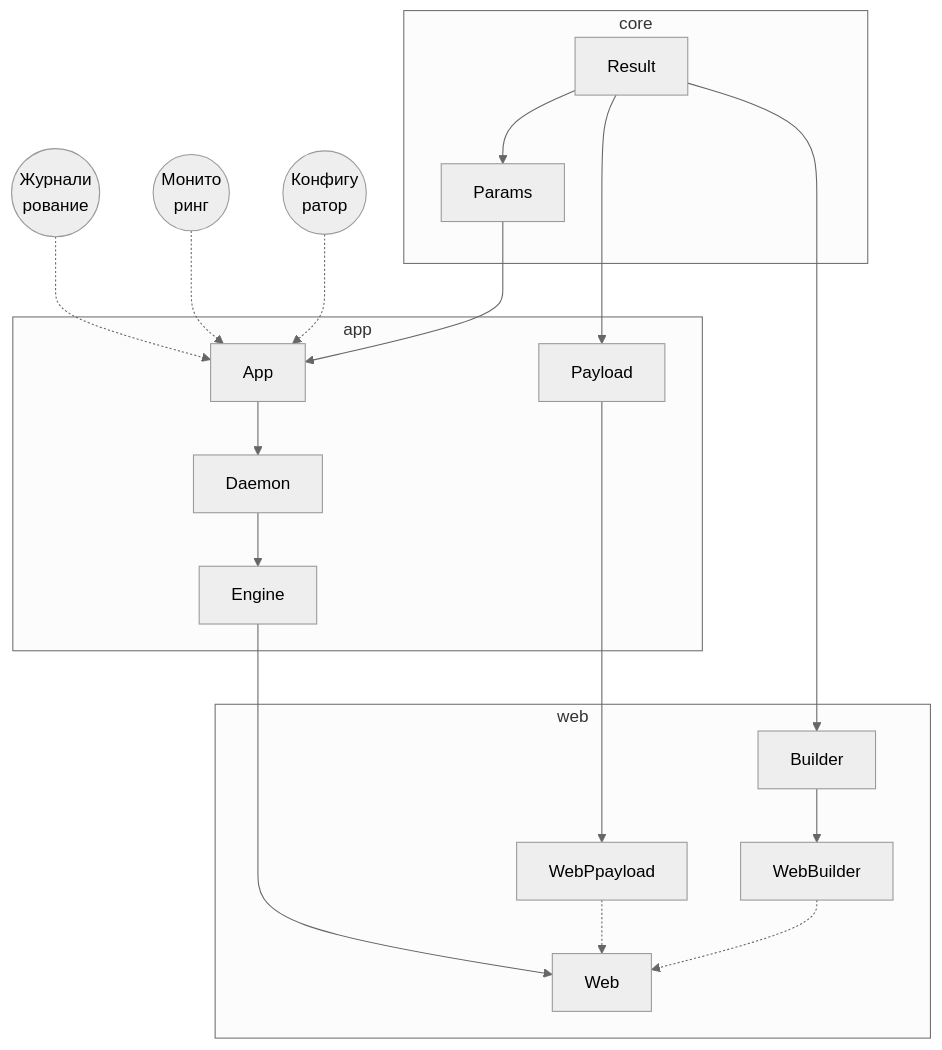
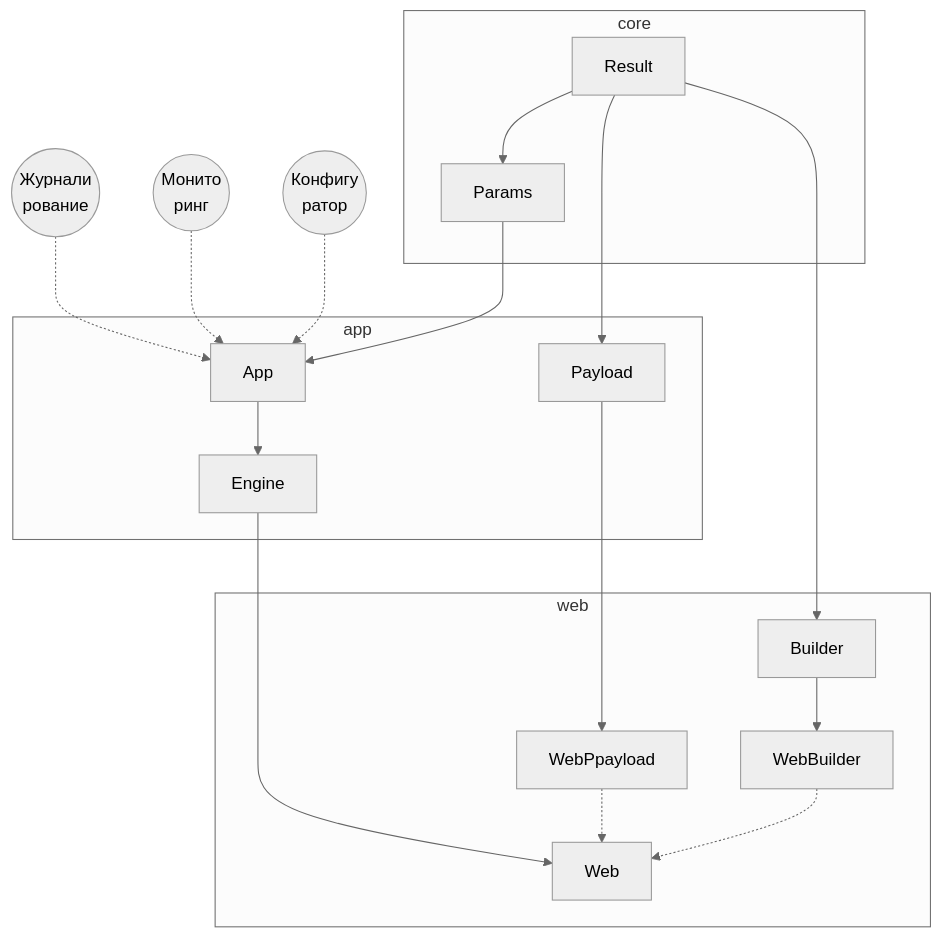
Before and after one commit to johnthesmith/catlair-php-lib-web: the diagram in README.md, drawn with Mermaid (neutral theme). The commit also changed other lines of this file and 3 other files, not shown here.

````diff
--- a/README.md
+++ b/README.md
@@ -12,33 +15,37 @@
 ```mermaid
 flowchart
     subgraph core
         Result
         Params       
     end
     subgraph app
         Payload
-        Daemon
         App
         Engine
     end
     subgraph web
         Web
         Builder
         WebPpayload
         WebBuilder
     end
     Log((Журнали<br>рование)) -.-> App
     Mon((Монито<br>ринг)) -.-> App
     Con((Конфигу<br>ратор)) -.-> App
-    Params --> App
-    App --> Daemon
-    Daemon --> Engine
-    Result --> Payload
+
+    Params 
+    --> App
+    --> Engine
+    
+    Result 
+    --> Payload
+    ----> WebPpayload
+
+    Engine --> Web
     Result --> Params
-    Engine --> Web
-    Payload -----> WebPpayload
+    
     WebPpayload -.-> Web
-    Result ----> Builder    
+    Result --> Builder    
     Builder --> WebBuilder
     WebBuilder -.-> Web
 ```
````
